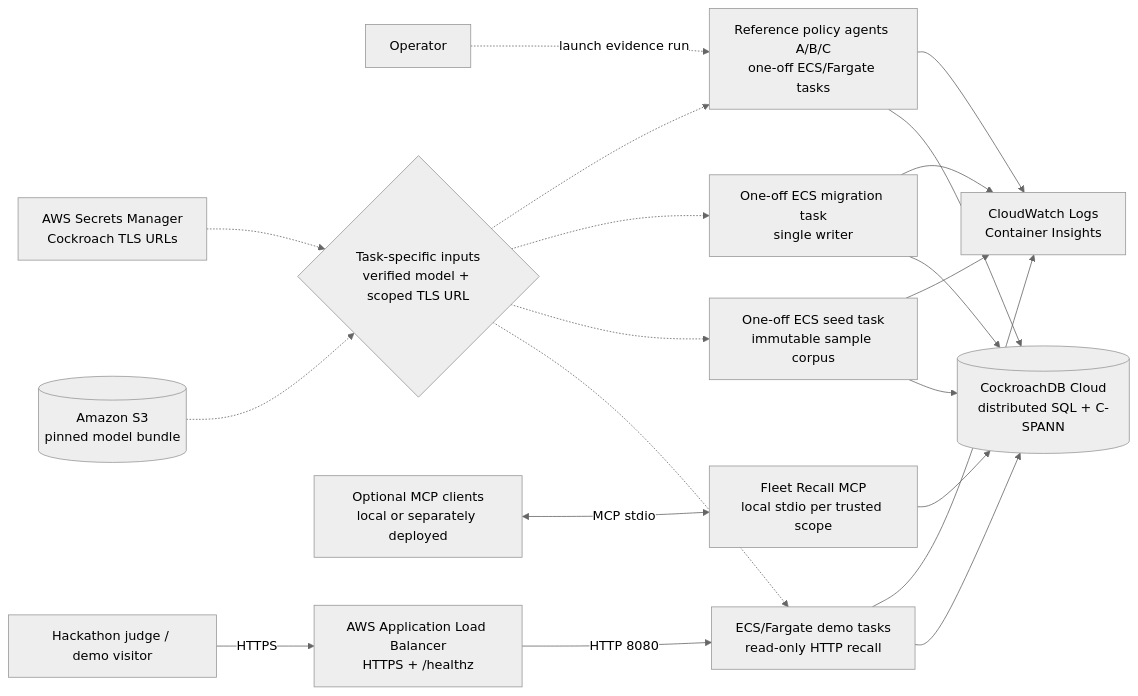
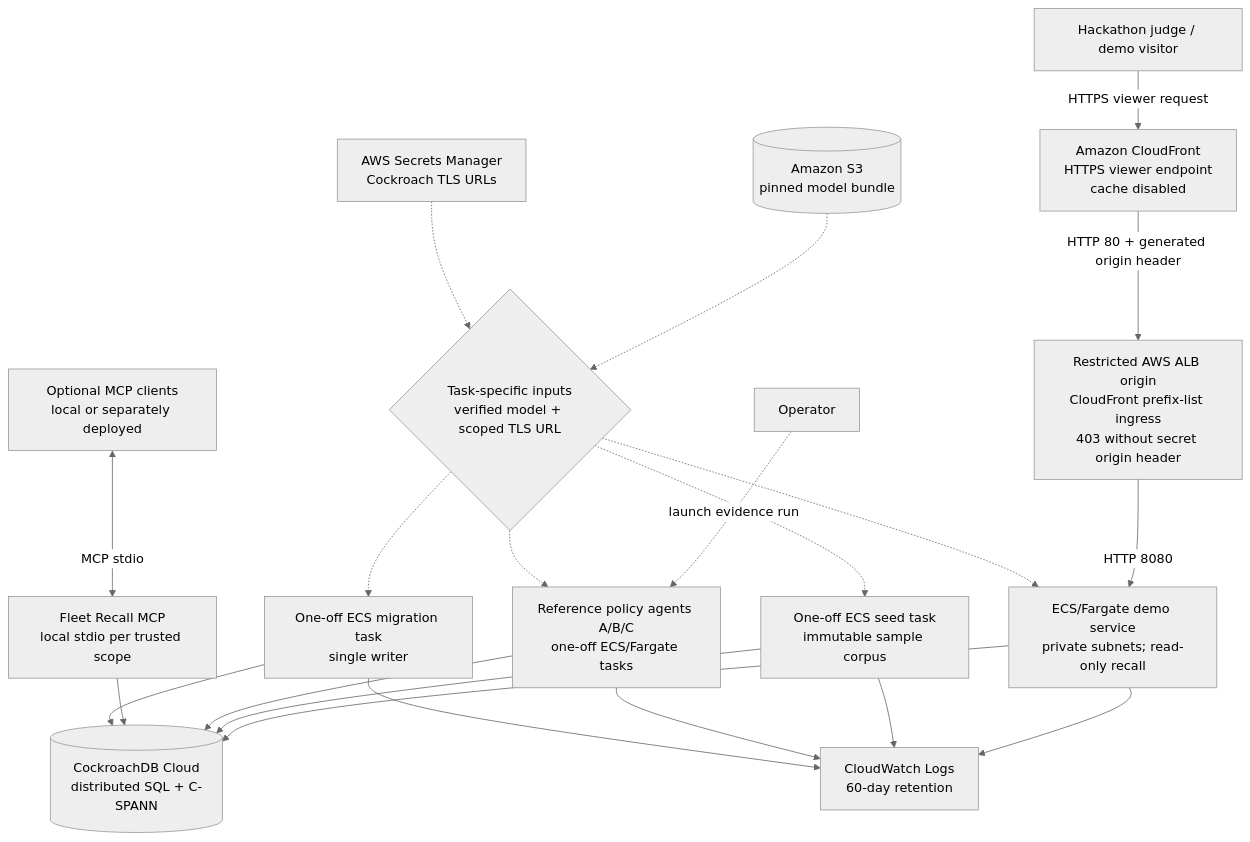
The first of 3 diagrams in docs/ARCHITECTURE.md (os-tack/ostk-fleet-recall), drawn with Mermaid (neutral theme) before and after one commit. The commit also changed other lines of this file and 9 other files, not shown here.

````diff
--- a/docs/ARCHITECTURE.md
+++ b/docs/ARCHITECTURE.md
@@ -12,37 +12,40 @@
 ```mermaid
-flowchart LR
+%%{init: {"flowchart": {"rankSpacing": 46.5}}}%%
+flowchart TB
     visitor["Hackathon judge / demo visitor"]
     operator["Operator"]
-    alb["AWS Application Load Balancer\nHTTPS + /healthz"]
-    demo["ECS/Fargate demo tasks\nread-only HTTP recall"]
+    cloudfront["Amazon CloudFront\nHTTPS viewer endpoint\ncache disabled"]
+    alb["Restricted AWS ALB origin\nCloudFront prefix-list ingress\n403 without secret origin header"]
+    demo["ECS/Fargate demo service\nprivate subnets; read-only recall"]
     seed["One-off ECS seed task\nimmutable sample corpus"]
     policy["Reference policy agents A/B/C\none-off ECS/Fargate tasks"]
     agents["Optional MCP clients\nlocal or separately deployed"]
     mcp["Fleet Recall MCP\nlocal stdio per trusted scope"]
     s3[("Amazon S3\npinned model bundle")]
     secrets["AWS Secrets Manager\nCockroach TLS URLs"]
     inputs{"Task-specific inputs\nverified model + scoped TLS URL"}
     crdb[("CockroachDB Cloud\ndistributed SQL + C-SPANN")]
     migrator["One-off ECS migration task\nsingle writer"]
-    logs["CloudWatch Logs\nContainer Insights"]
+    logs["CloudWatch Logs\n60-day retention"]
 
-    visitor -->|HTTPS| alb
+    visitor -->|HTTPS viewer request| cloudfront
+    cloudfront -->|HTTP 80 + generated origin header| alb
     operator -.->|launch evidence run| policy
     alb -->|HTTP 8080| demo
     agents <-->|MCP stdio| mcp
     s3 -.-> inputs
     secrets -.-> inputs
     inputs -.-> demo
     inputs -.-> seed
     inputs -.-> migrator
     inputs -.-> policy
     demo --> crdb
     seed --> crdb
     policy --> crdb
     mcp --> crdb
     migrator --> crdb
     demo --> logs
     seed --> logs
     policy --> logs
     migrator --> logs
 ```
````
